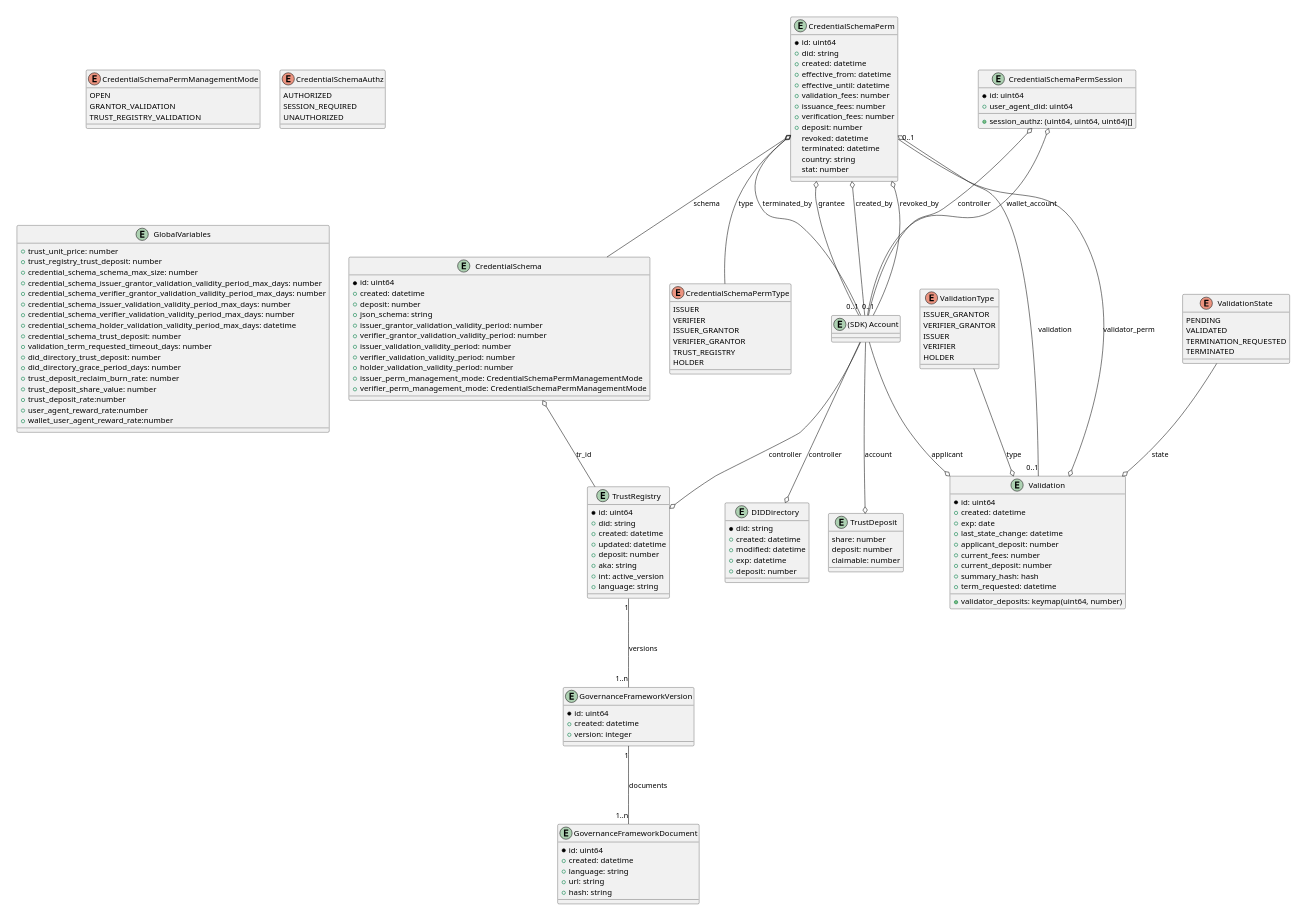
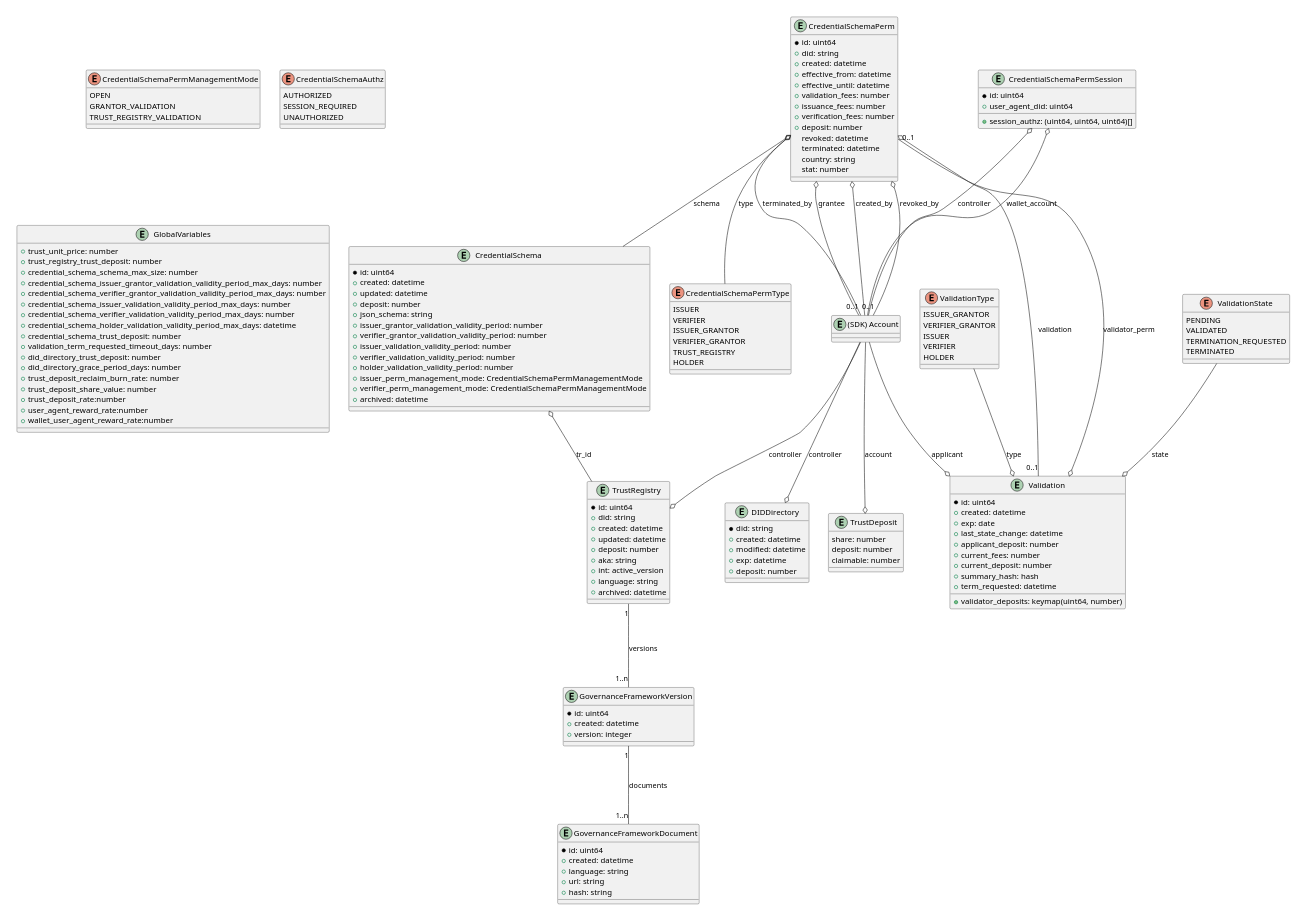
Before and after one commit to verana-labs/verifiable-trust-vpr-spec: the sixth of 12 diagrams in spec.md, drawn with PlantUML. The commit also changed other lines of this file and 1 other file, not shown here.

Commit message:
removed unique constraint on TrustRegistry.did, removed method TrustRegistry.getWithDID, added update method for TrustRegistry and CredentialSchema, Added archive method for TrustRegistry and CredentialSchema

```diff
--- a/spec.md
+++ b/spec.md
@@ -656,6 +656,7 @@
   +aka: string
   +int: active_version
   +language: string
+  +archived: datetime
 }
 
 entity "GovernanceFrameworkVersion" as gfv {
@@ -676,6 +677,7 @@
 entity "CredentialSchema" as cs {
   *id: uint64
   +created: datetime
+  +updated: datetime
   +deposit: number
   +json_schema: string
   +issuer_grantor_validation_validity_period: number
@@ -685,6 +687,7 @@
   +holder_validation_validity_period: number
   +issuer_perm_management_mode: CredentialSchemaPermManagementMode
   +verifier_perm_management_mode: CredentialSchemaPermManagementMode
+  +archived: datetime
 }
 
 enum "CredentialSchemaPermManagementMode" as cspm {
```
